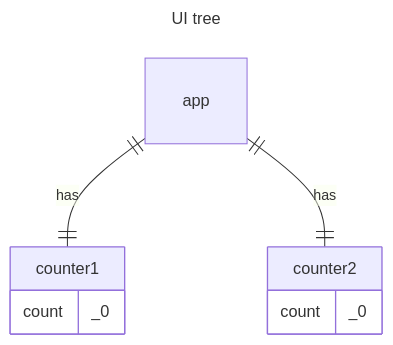
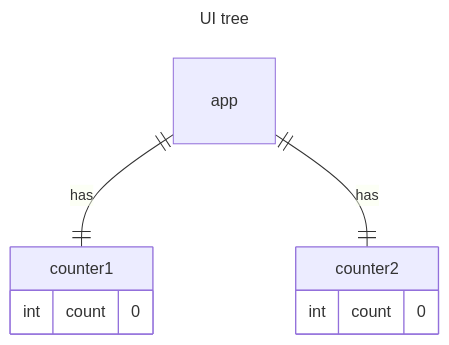
The first of 2 diagrams in plugins/ui/docs/managing-state/preserving-and-resetting-state.md (deephaven/deephaven-plugins), drawn with Mermaid before and after one commit. The commit also changed other lines of this file, not shown here.

````diff
--- a/plugins/ui/docs/managing-state/preserving-and-resetting-state.md
+++ b/plugins/ui/docs/managing-state/preserving-and-resetting-state.md
@@ -37,14 +37,14 @@
 ```mermaid
 ---
 title: UI tree
 ---
 erDiagram
   app ||--|| counter1 : has
   app ||--|| counter2 : has
   counter1 {
-    count _0
+    int count "0"
   }
   counter2 {
-    count _0
+    int count "0"
   }
 ```
````
